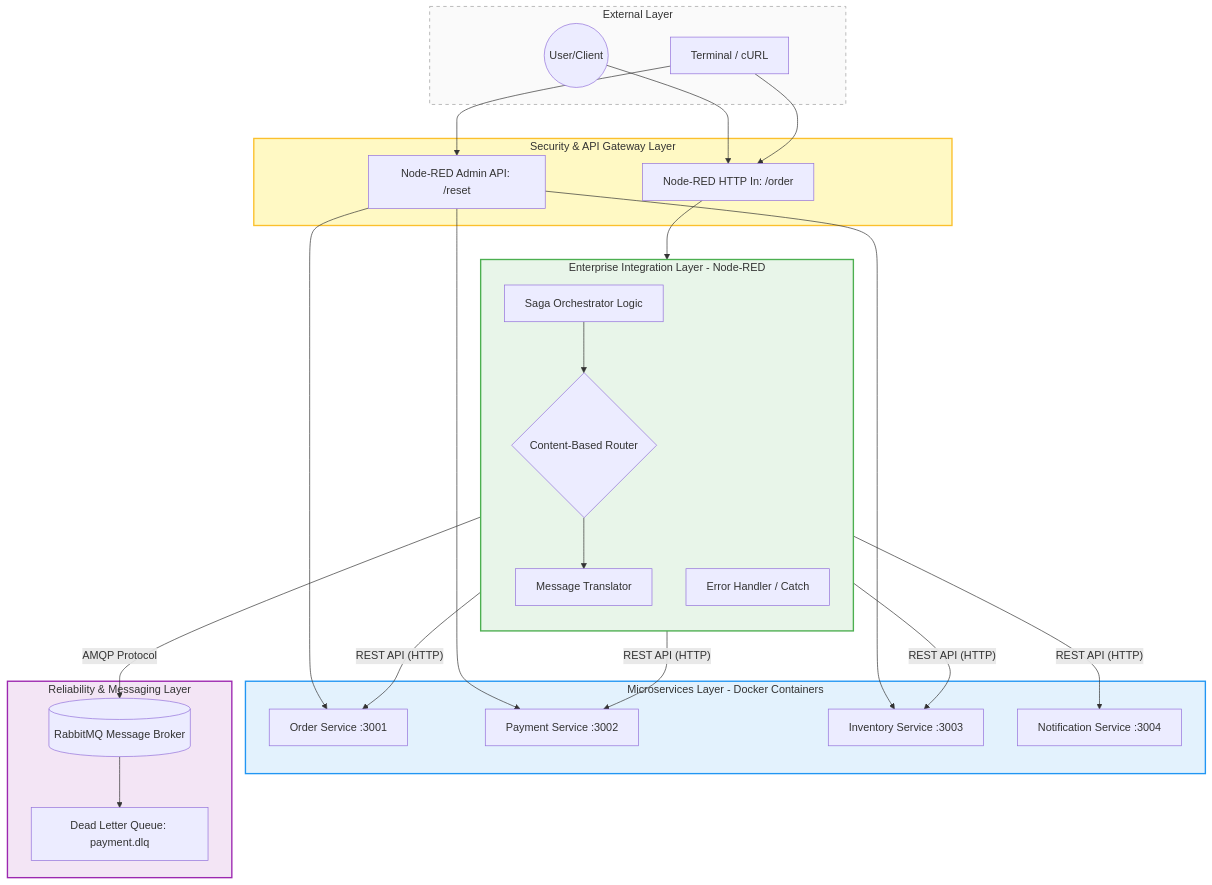
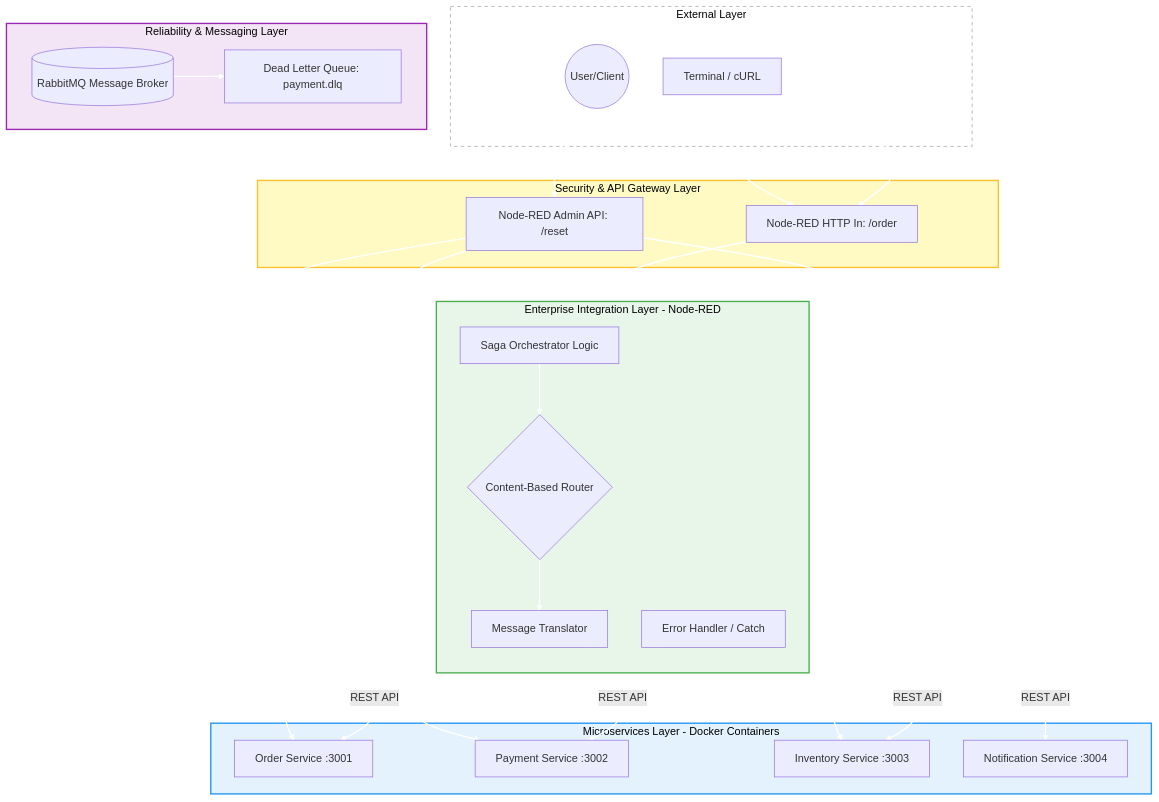
One commit to twistz11/turiba-eai-labs changed the second of 3 diagrams in practice-04-capstone/readme.md. Above: the diagram before and after it, drawn with Mermaid.

````diff
--- a/practice-04-capstone/readme.md
+++ b/practice-04-capstone/readme.md
@@ -31,61 +31,62 @@
 ```mermaid
 graph TD
-    
+   
     subgraph Client_Layer [External Layer]
         User((User/Client))
         CURL[Terminal / cURL]
     end
 
     subgraph Entry_Layer [Security & API Gateway Layer]
         NR_HTTP[Node-RED HTTP In: /order]
         NR_Admin[Node-RED Admin API: /reset]
     end
 
     subgraph Orchestration_Layer [Enterprise Integration Layer - Node-RED]
         direction TB
         Logic[Saga Orchestrator Logic]
         Router{Content-Based Router}
         Trans[Message Translator]
         Error[Error Handler / Catch]
     end
 
     subgraph Service_Layer [Microservices Layer - Docker Containers]
         OS[Order Service :3001]
         PS[Payment Service :3002]
         IS[Inventory Service :3003]
         NS[Notification Service :3004]
     end
 
     subgraph Messaging_Layer [Reliability & Messaging Layer]
         MQ[(RabbitMQ Message Broker)]
         DLQ[Dead Letter Queue: payment.dlq]
     end
 
-   
+    
     User --> NR_HTTP
     CURL --> NR_HTTP
     CURL --> NR_Admin
 
     NR_HTTP --> Logic
     NR_Admin --> OS & PS & IS
 
     Logic --> Router
     Router --> Trans
     
-    
-    Trans -- "REST API (HTTP)" --> OS
-    Trans -- "REST API (HTTP)" --> PS
-    Trans -- "REST API (HTTP)" --> IS
-    Trans -- "REST API (HTTP)" --> NS
+    Trans -- "REST API" --> OS
+    Trans -- "REST API" --> PS
+    Trans -- "REST API" --> IS
+    Trans -- "REST API" --> NS
 
-    
-    Error -- "AMQP Protocol" --> MQ
+   
     MQ --> DLQ
 
    
-    style Entry_Layer fill:#fff9c4,stroke:#fbc02d,stroke-width:2px
-    style Orchestration_Layer fill:#e8f5e9,stroke:#4caf50,stroke-width:2px
-    style Service_Layer fill:#e3f2fd,stroke:#2196f3,stroke-width:2px
-    style Messaging_Layer fill:#f3e5f5,stroke:#9c27b0,stroke-width:2px
-    style Client_Layer fill:#fafafa,stroke:#9e9e9e,stroke-dasharray: 5 5
+    style Entry_Layer fill:#fff9c4,stroke:#fbc02d,stroke-width:2px,color:#000
+    style Orchestration_Layer fill:#e8f5e9,stroke:#4caf50,stroke-width:2px,color:#000
+    style Service_Layer fill:#e3f2fd,stroke:#2196f3,stroke-width:2px,color:#000
+    style Messaging_Layer fill:#f3e5f5,stroke:#9c27b0,stroke-width:2px,color:#000
+    style Client_Layer fill:#ffffff,stroke:#9e9e9e,stroke-dasharray: 5 5,color:#000
+
+    
+    linkStyle default stroke:#ffffff,stroke-width:2px
 ```
````
